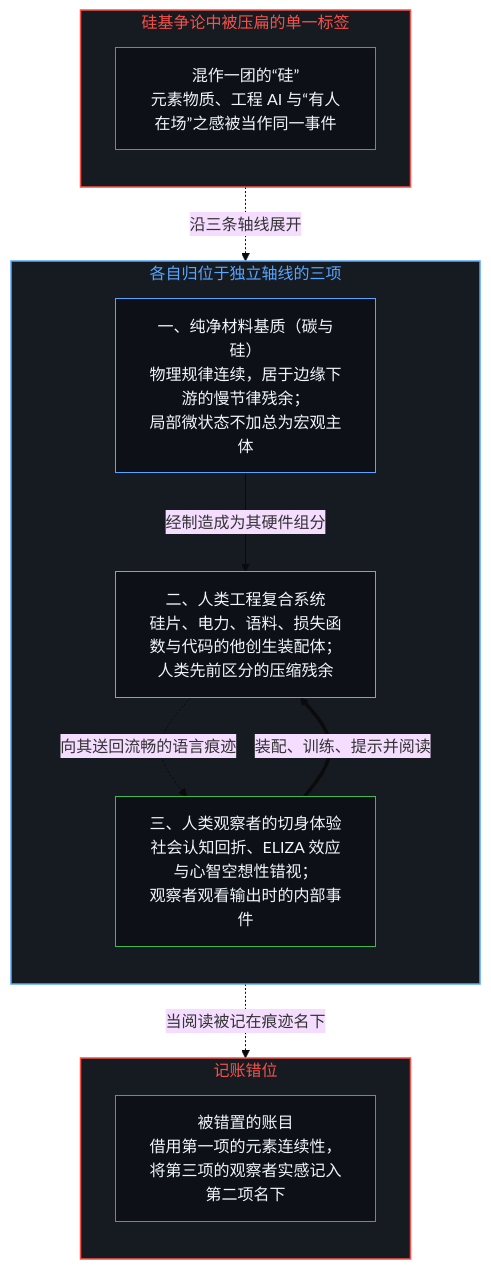
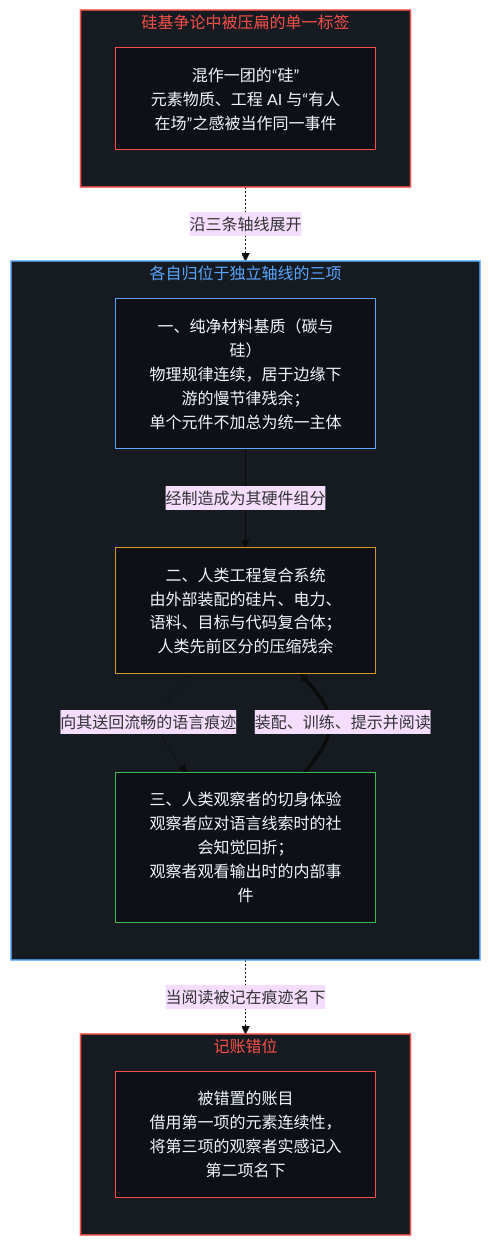
The third of 4 diagrams in content/posts/three-distinctions-in-the-silicon-misalignment.md (powerpig99/not-a-toe), drawn with Mermaid (base theme) before and after one commit. The commit also changed other lines of this file and 24 other files, not shown here.

````diff
--- a/content/posts/three-distinctions-in-the-silicon-misalignment.md
+++ b/content/posts/three-distinctions-in-the-silicon-misalignment.md
@@ -105,30 +105,30 @@
 ```mermaid
 flowchart TD
     subgraph S_Lump["硅基争论中被压扁的单一标签"]
         direction TB
         Lump["混作一团的“硅”<br/>元素物质、工程 AI 与“有人在场”之感被当作同一事件"]
     end
     subgraph S_Three["各自归位于独立轴线的三项"]
         direction TB
-        Sub["一、纯净材料基质（碳与硅）<br/>物理规律连续，居于边缘下游的慢节律残余；<br/>局部微状态不加总为宏观主体"]
-        Comp["二、人类工程复合系统<br/>硅片、电力、语料、损失函数与代码的他创生装配体；<br/>人类先前区分的压缩残余"]
-        Obs["三、人类观察者的切身体验<br/>社会认知回折、ELIZA 效应与心智空想性错视；<br/>观察者观看输出时的内部事件"]
+        Sub["一、纯净材料基质（碳与硅）<br/>物理规律连续，居于边缘下游的慢节律残余；<br/>单个元件不加总为统一主体"]
+        Comp["二、人类工程复合系统<br/>由外部装配的硅片、电力、语料、目标与代码复合体；<br/>人类先前区分的压缩残余"]
+        Obs["三、人类观察者的切身体验<br/>观察者应对语言线索时的社会知觉回折；<br/>观察者观看输出时的内部事件"]
         Sub -->|"经制造成为其硬件组分"| Comp
         Obs ==>|"装配、训练、提示并阅读"| Comp
         Comp -.->|"向其送回流畅的语言痕迹"| Obs
     end
     subgraph S_Mis["记账错位"]
         direction TB
         Reloc["被错置的账目<br/>借用第一项的元素连续性，将第三项的观察者实感记入第二项名下"]
     end
     Lump -.->|"沿三条轴线展开"| S_Three
     Obs -.->|"当阅读被记在痕迹名下"| Reloc
     style S_Lump fill:#161b22,stroke:#f85149,stroke-width:1.5px,color:#f85149
     style S_Three fill:#161b22,stroke:#58a6ff,stroke-width:1.5px,color:#58a6ff
     style S_Mis fill:#161b22,stroke:#f85149,stroke-width:1.5px,color:#f85149
     style Lump fill:#0d1117,stroke:#f85149,stroke-width:1px,color:#f0f6fc
     style Sub fill:#0d1117,stroke:#58a6ff,stroke-width:1px,color:#f0f6fc
     style Comp fill:#0d1117,stroke:#d29922,stroke-width:1px,color:#f0f6fc
     style Obs fill:#0d1117,stroke:#3fb950,stroke-width:1px,color:#f0f6fc
     style Reloc fill:#0d1117,stroke:#f85149,stroke-width:1px,color:#f0f6fc
 ```
````
